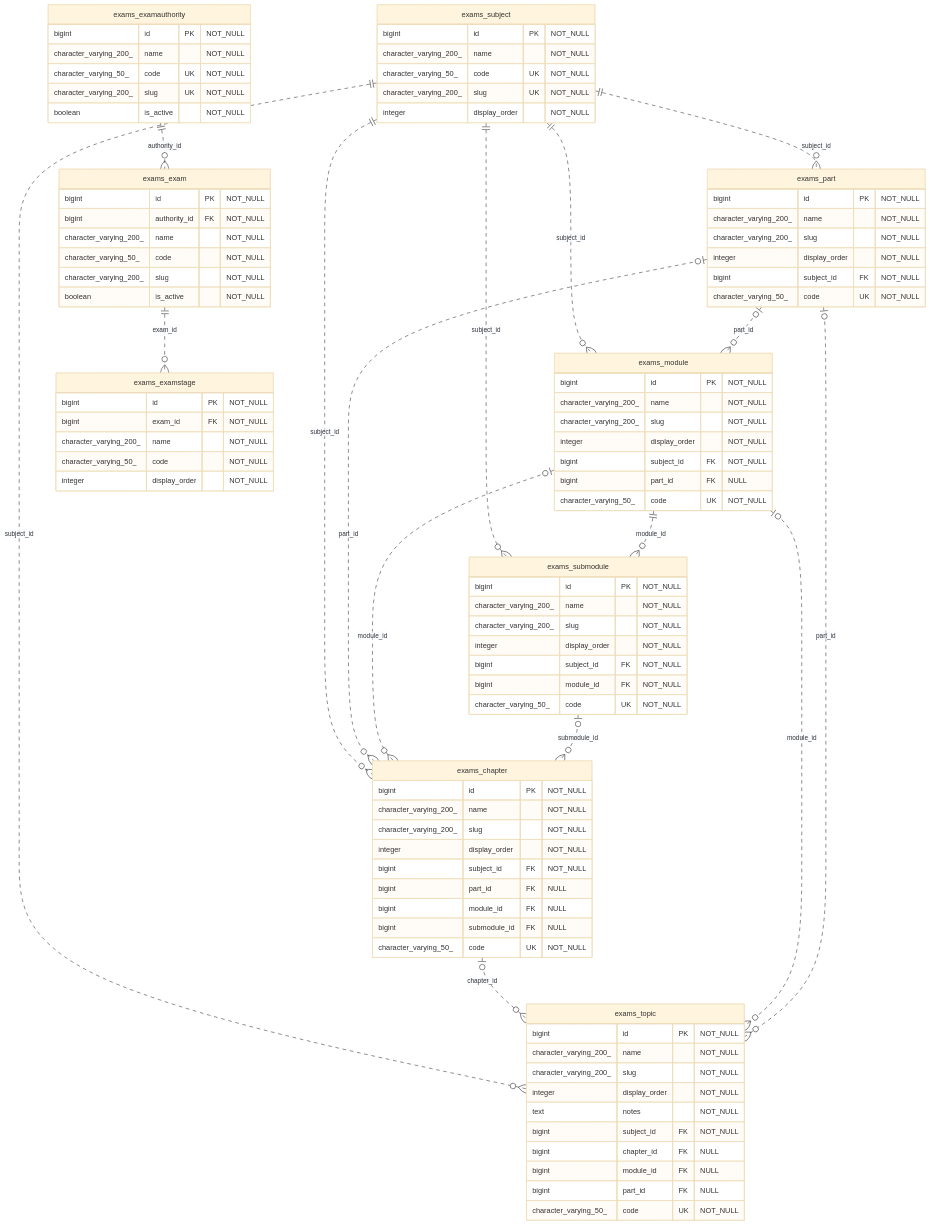
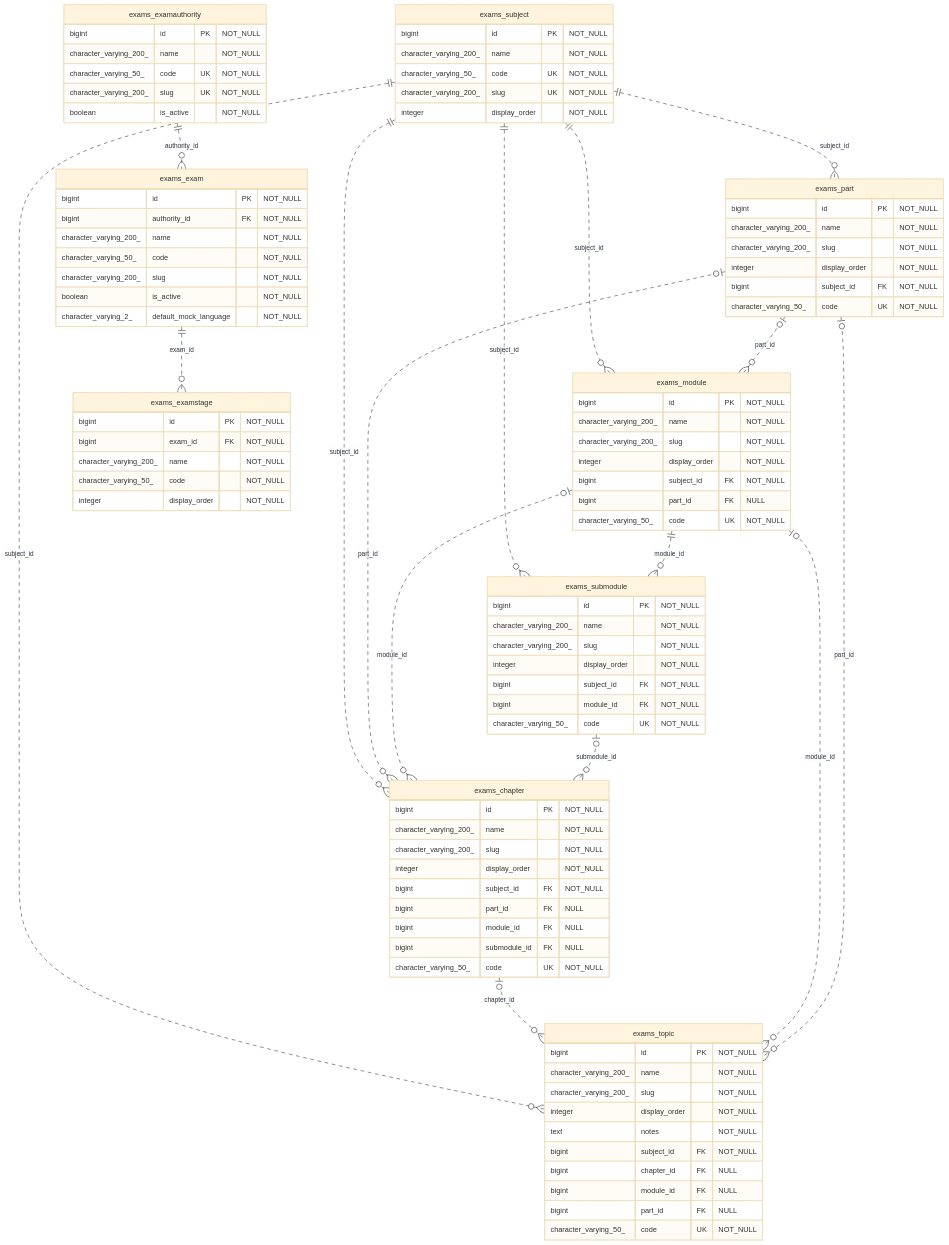
Before and after one commit to EZOPINC/mock: the diagram in docs/erd/questions-taxonomy.mmd, drawn with Mermaid (base theme). The commit also changed 9 other files, not shown here.

Commit message:
ERD v1.1

```diff
--- a/docs/erd/questions-taxonomy.mmd
+++ b/docs/erd/questions-taxonomy.mmd
@@ -1,94 +1,95 @@
 erDiagram
     exams_subject {
         bigint id PK "NOT_NULL"
         character_varying_200_ name "NOT_NULL"
         character_varying_50_ code UK "NOT_NULL"
         character_varying_200_ slug UK "NOT_NULL"
         integer display_order "NOT_NULL"
     }
     exams_part {
         bigint id PK "NOT_NULL"
         character_varying_200_ name "NOT_NULL"
         character_varying_200_ slug "NOT_NULL"
         integer display_order "NOT_NULL"
         bigint subject_id FK "NOT_NULL"
         character_varying_50_ code UK "NOT_NULL"
     }
     exams_module {
         bigint id PK "NOT_NULL"
         character_varying_200_ name "NOT_NULL"
         character_varying_200_ slug "NOT_NULL"
         integer display_order "NOT_NULL"
         bigint subject_id FK "NOT_NULL"
         bigint part_id FK "NULL"
         character_varying_50_ code UK "NOT_NULL"
     }
     exams_submodule {
         bigint id PK "NOT_NULL"
         character_varying_200_ name "NOT_NULL"
         character_varying_200_ slug "NOT_NULL"
         integer display_order "NOT_NULL"
         bigint subject_id FK "NOT_NULL"
         bigint module_id FK "NOT_NULL"
         character_varying_50_ code UK "NOT_NULL"
     }
     exams_chapter {
         bigint id PK "NOT_NULL"
         character_varying_200_ name "NOT_NULL"
         character_varying_200_ slug "NOT_NULL"
         integer display_order "NOT_NULL"
         bigint subject_id FK "NOT_NULL"
         bigint part_id FK "NULL"
         bigint module_id FK "NULL"
         bigint submodule_id FK "NULL"
         character_varying_50_ code UK "NOT_NULL"
     }
     exams_topic {
         bigint id PK "NOT_NULL"
         character_varying_200_ name "NOT_NULL"
         character_varying_200_ slug "NOT_NULL"
         integer display_order "NOT_NULL"
         text notes "NOT_NULL"
         bigint subject_id FK "NOT_NULL"
         bigint chapter_id FK "NULL"
         bigint module_id FK "NULL"
         bigint part_id FK "NULL"
         character_varying_50_ code UK "NOT_NULL"
     }
     exams_examauthority {
         bigint id PK "NOT_NULL"
         character_varying_200_ name "NOT_NULL"
         character_varying_50_ code UK "NOT_NULL"
         character_varying_200_ slug UK "NOT_NULL"
         boolean is_active "NOT_NULL"
     }
     exams_exam {
         bigint id PK "NOT_NULL"
         bigint authority_id FK "NOT_NULL"
         character_varying_200_ name "NOT_NULL"
         character_varying_50_ code "NOT_NULL"
         character_varying_200_ slug "NOT_NULL"
         boolean is_active "NOT_NULL"
+        character_varying_2_ default_mock_language "NOT_NULL"
     }
     exams_examstage {
         bigint id PK "NOT_NULL"
         bigint exam_id FK "NOT_NULL"
         character_varying_200_ name "NOT_NULL"
         character_varying_50_ code "NOT_NULL"
         integer display_order "NOT_NULL"
     }
     exams_subject ||..o{ exams_part : "subject_id"
     exams_subject ||..o{ exams_module : "subject_id"
     exams_part o|..o{ exams_module : "part_id"
     exams_subject ||..o{ exams_submodule : "subject_id"
     exams_module ||..o{ exams_submodule : "module_id"
     exams_subject ||..o{ exams_chapter : "subject_id"
     exams_part o|..o{ exams_chapter : "part_id"
     exams_module o|..o{ exams_chapter : "module_id"
     exams_submodule o|..o{ exams_chapter : "submodule_id"
     exams_subject ||..o{ exams_topic : "subject_id"
     exams_chapter o|..o{ exams_topic : "chapter_id"
     exams_module o|..o{ exams_topic : "module_id"
     exams_part o|..o{ exams_topic : "part_id"
     exams_examauthority ||..o{ exams_exam : "authority_id"
     exams_exam ||..o{ exams_examstage : "exam_id"
```
